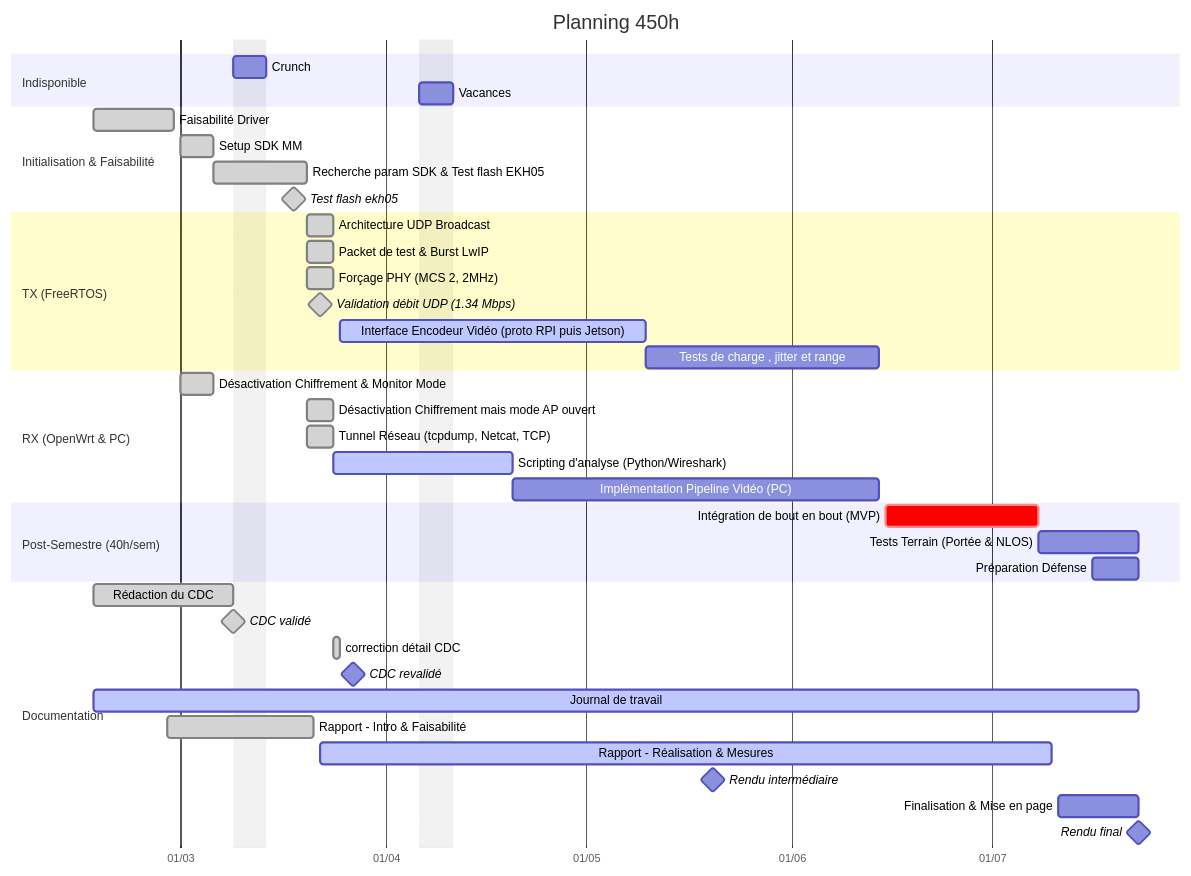
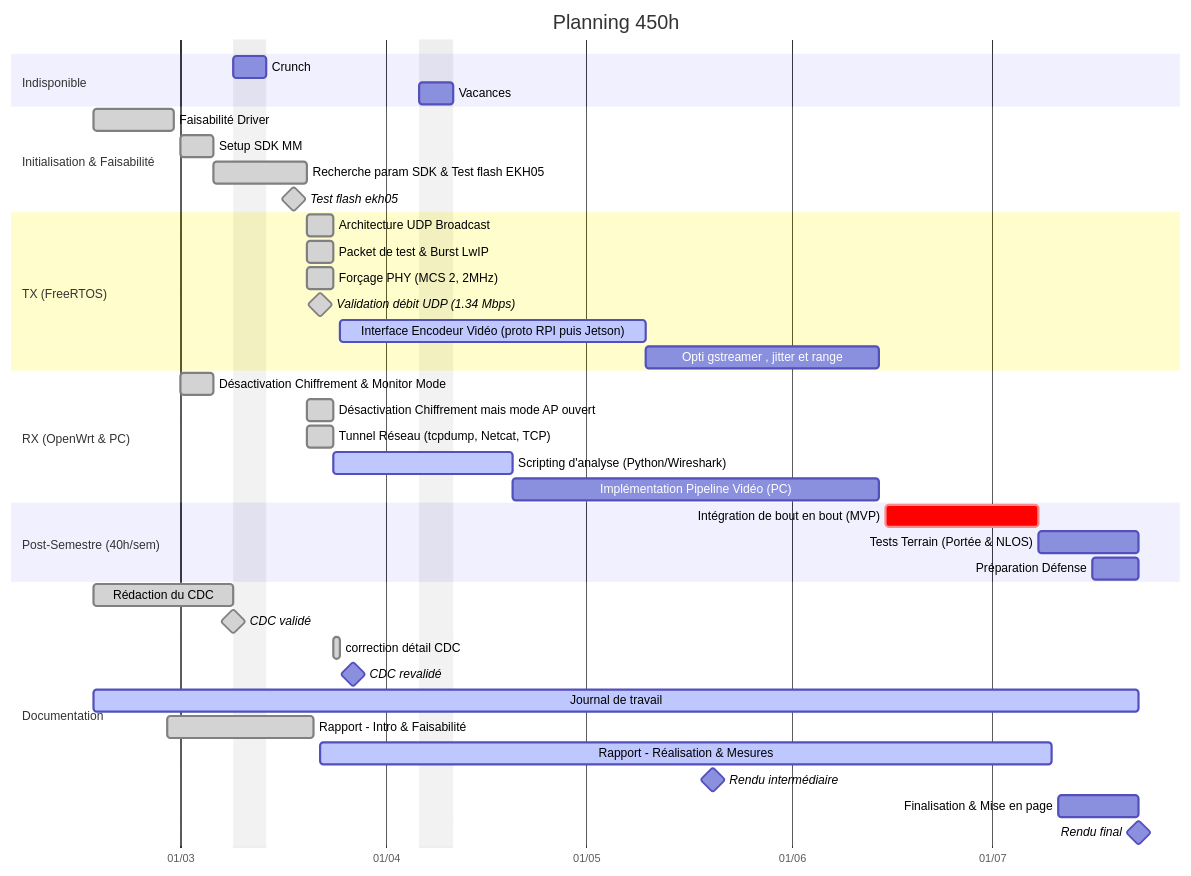
One commit to TschantzN/doc-bachelore-2026 changed the fourth of 6 diagrams in JOURNAL/JOURNAL_DE_TRAVAIL.md. Above: the diagram before and after it, drawn with Mermaid. The commit also changed other lines of this file and 1 other file, not shown here.

Commit message:
update journaux et gantt

````diff
--- a/JOURNAL/JOURNAL_DE_TRAVAIL.md
+++ b/JOURNAL/JOURNAL_DE_TRAVAIL.md
@@ -177,51 +177,51 @@
 ```mermaid
 gantt
     title Planning 450h
     dateFormat  YYYY-MM-DD
     axisFormat  %d/%m
 
     excludes 2026-03-09,2026-03-10,2026-03-11,2026-03-12,2026-03-13,2026-04-06,2026-04-07,2026-04-08,2026-04-09,2026-04-10
     
     section Indisponible
     Crunch      :2026-03-09, 2026-03-14
     Vacances    :2026-04-06, 2026-04-11
 
     section Initialisation & Faisabilité
     Faisabilité Driver :done, p1, 2026-02-16, 2026-02-28
     Setup SDK MM       :done, p2, 2026-03-01, 2026-03-06
     Recherche param SDK & Test flash EKH05 :done, p3, 2026-03-06, 2026-03-20
     Test flash ekh05         :done,milestone ,2026-03-18, 0d
 
     
     section TX (FreeRTOS)
     Architecture UDP Broadcast :done, tx1, 2026-03-20, 2026-03-24
     Packet de test & Burst LwIP :done, tx2, 2026-03-20, 2026-03-24
     Forçage PHY (MCS 2, 2MHz) :done, tx3, 2026-03-20, 2026-03-24
     Validation débit UDP (1.34 Mbps) :done,milestone ,2026-03-22, 0d
     Interface Encodeur Vidéo (proto RPI puis Jetson) :active, tx4, 2026-03-25, 2026-05-10
-    Tests de charge , jitter et range :tx5, 2026-05-10, 2026-06-14
+    Opti gstreamer  , jitter et range :tx5, 2026-05-10, 2026-06-14
 
     section RX (OpenWrt & PC)
     Désactivation Chiffrement & Monitor Mode :done, rx1, 2026-03-01, 2026-03-06
     Désactivation Chiffrement mais mode AP ouvert :done, rx2, 2026-03-20, 2026-03-24
     Tunnel Réseau (tcpdump, Netcat, TCP) :done, rx3, 2026-03-20, 2026-03-24
     Scripting d'analyse (Python/Wireshark) :active, rx4, 2026-03-24, 2026-04-20
     Implémentation Pipeline Vidéo (PC) :rx5, 2026-04-20, 2026-06-14
 
     section Post-Semestre (40h/sem)
     Intégration de bout en bout (MVP) :crit, int1, 2026-06-15, 2026-07-08
     Tests Terrain (Portée & NLOS)    :int2, 2026-07-08, 2026-07-23
     Préparation Défense              :int3, 2026-07-16, 2026-07-23
 
     section Documentation
     Rédaction du CDC         :done, doc1, 2026-02-16, 2026-03-09
     CDC validé               :done, milestone ,2026-03-09, 0d
     correction détail CDC     :done, doc2, 2026-03-24, 1d
     CDC revalidé               :milestone ,2026-03-27, 0d
     Journal de travail       :active, doc3, 2026-02-16, 2026-07-23
     Rapport - Intro & Faisabilité :done,doc4, 2026-02-27, 2026-03-21
     Rapport - Réalisation & Mesures :active,doc5, 2026-03-22, 2026-07-10
     Rendu intermédiaire      :milestone ,2026-05-20, 0d
     Finalisation & Mise en page :doc6, 2026-07-11, 2026-07-23
     Rendu final              :milestone ,2026-07-23, 0d
 ```
````
